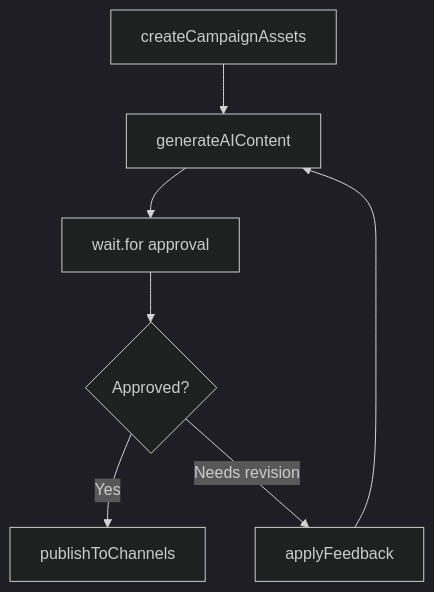
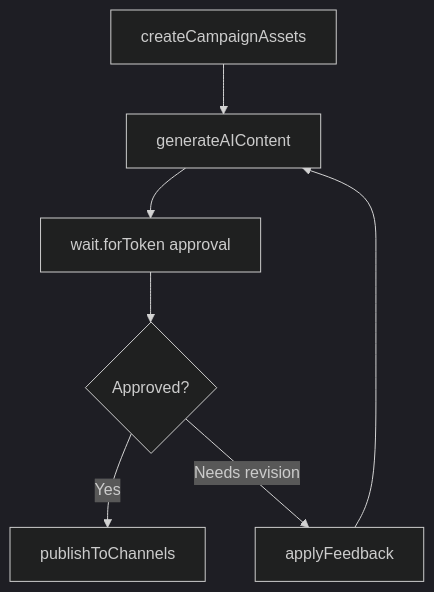
One commit to triggerdotdev/trigger.dev changed the third of 4 diagrams in docs/guides/use-cases/marketing.mdx. Above: the diagram before and after it, drawn with Mermaid (dark theme). The commit also changed other lines of this file and 1 other file, not shown here.

Commit message:
Corrected workflow

````diff
--- a/docs/guides/use-cases/marketing.mdx
+++ b/docs/guides/use-cases/marketing.mdx
@@ -107,10 +107,10 @@
 ```mermaid
 graph TB
     A[createCampaignAssets] --> B[generateAIContent]
-    B --> C[wait.for approval]
+    B --> C[wait.forToken approval]
     C --> D{Approved?}
 
     D -->|Yes| E[publishToChannels]
     D -->|Needs revision| F[applyFeedback]
     F --> B
 ```
````
